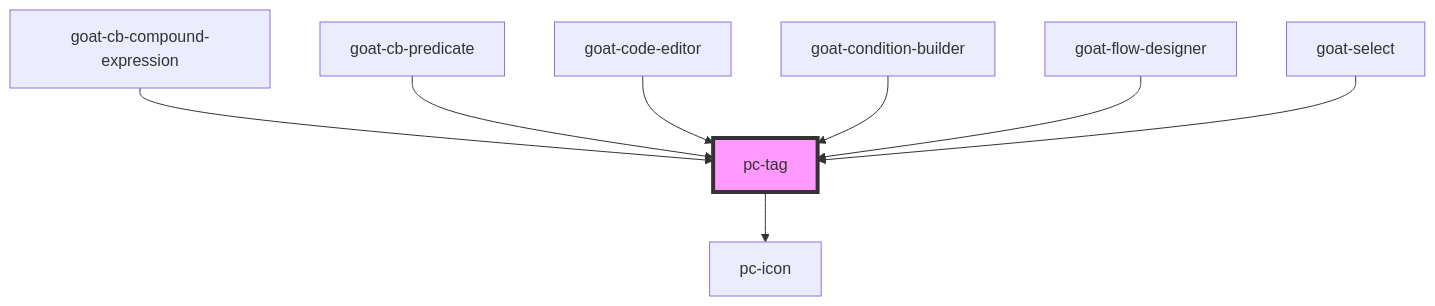
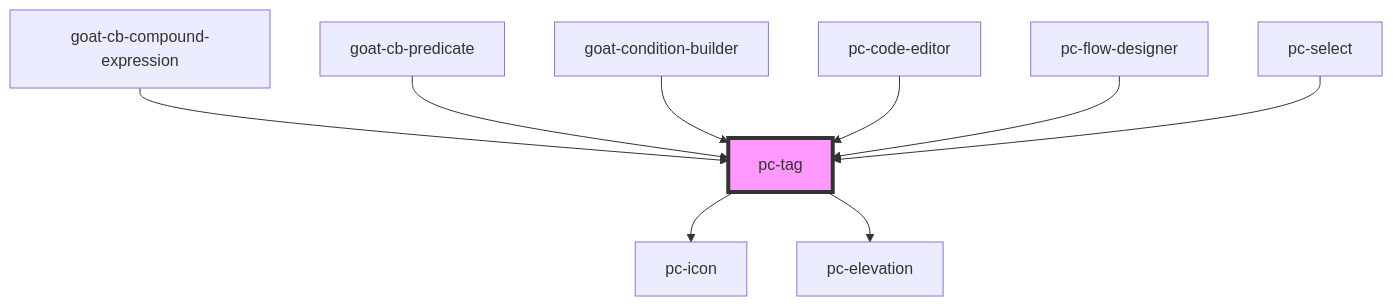
One commit to redvars/peacock changed the diagram in src/components/tag/readme.md. Above: the diagram before and after it, drawn with Mermaid. The commit also changed other lines of this file and 299 other files, not shown here.

````diff
--- a/src/components/tag/readme.md
+++ b/src/components/tag/readme.md
@@ -44,11 +45,12 @@
 ```mermaid
 graph TD;
   pc-tag --> pc-icon
+  pc-tag --> pc-elevation
   goat-cb-compound-expression --> pc-tag
   goat-cb-predicate --> pc-tag
-  goat-code-editor --> pc-tag
   goat-condition-builder --> pc-tag
-  goat-flow-designer --> pc-tag
-  goat-select --> pc-tag
+  pc-code-editor --> pc-tag
+  pc-flow-designer --> pc-tag
+  pc-select --> pc-tag
   style pc-tag fill:#f9f,stroke:#333,stroke-width:4px
 ```
````
